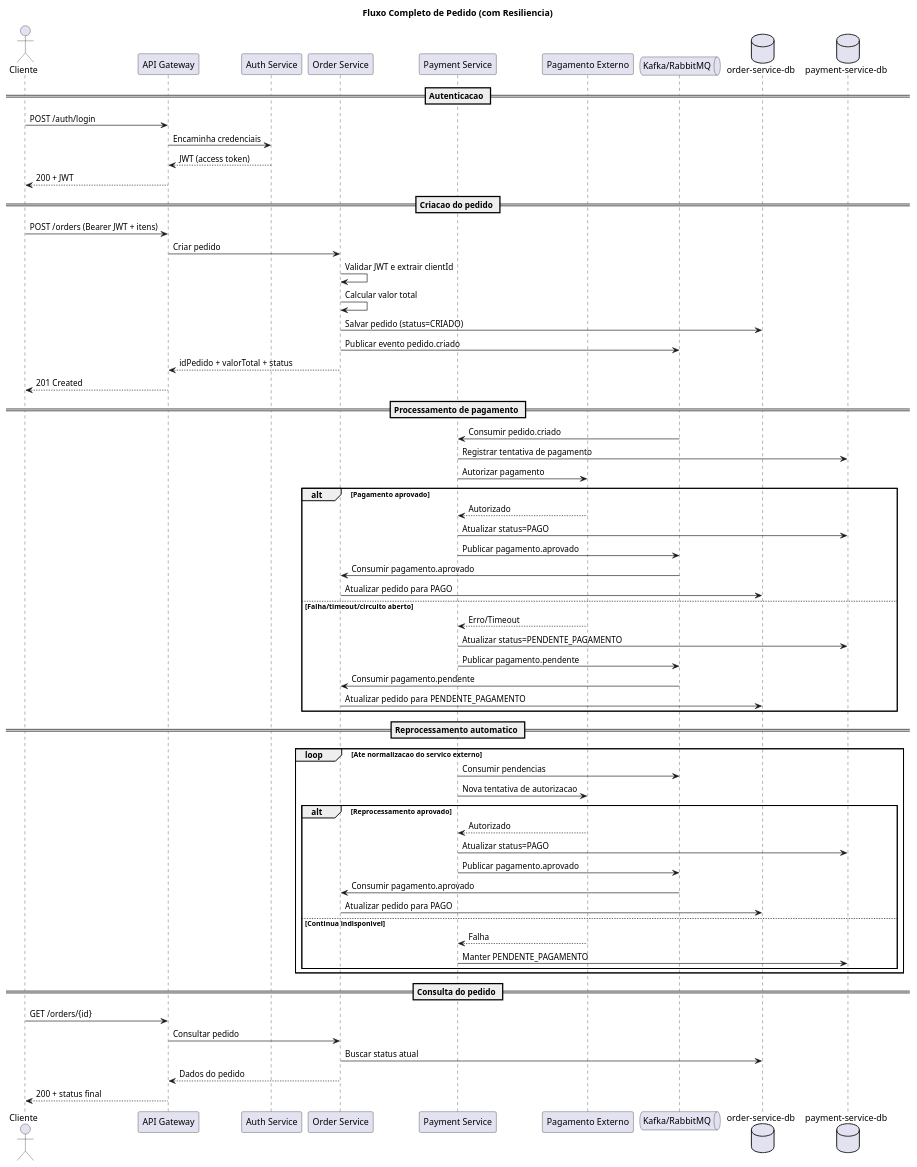
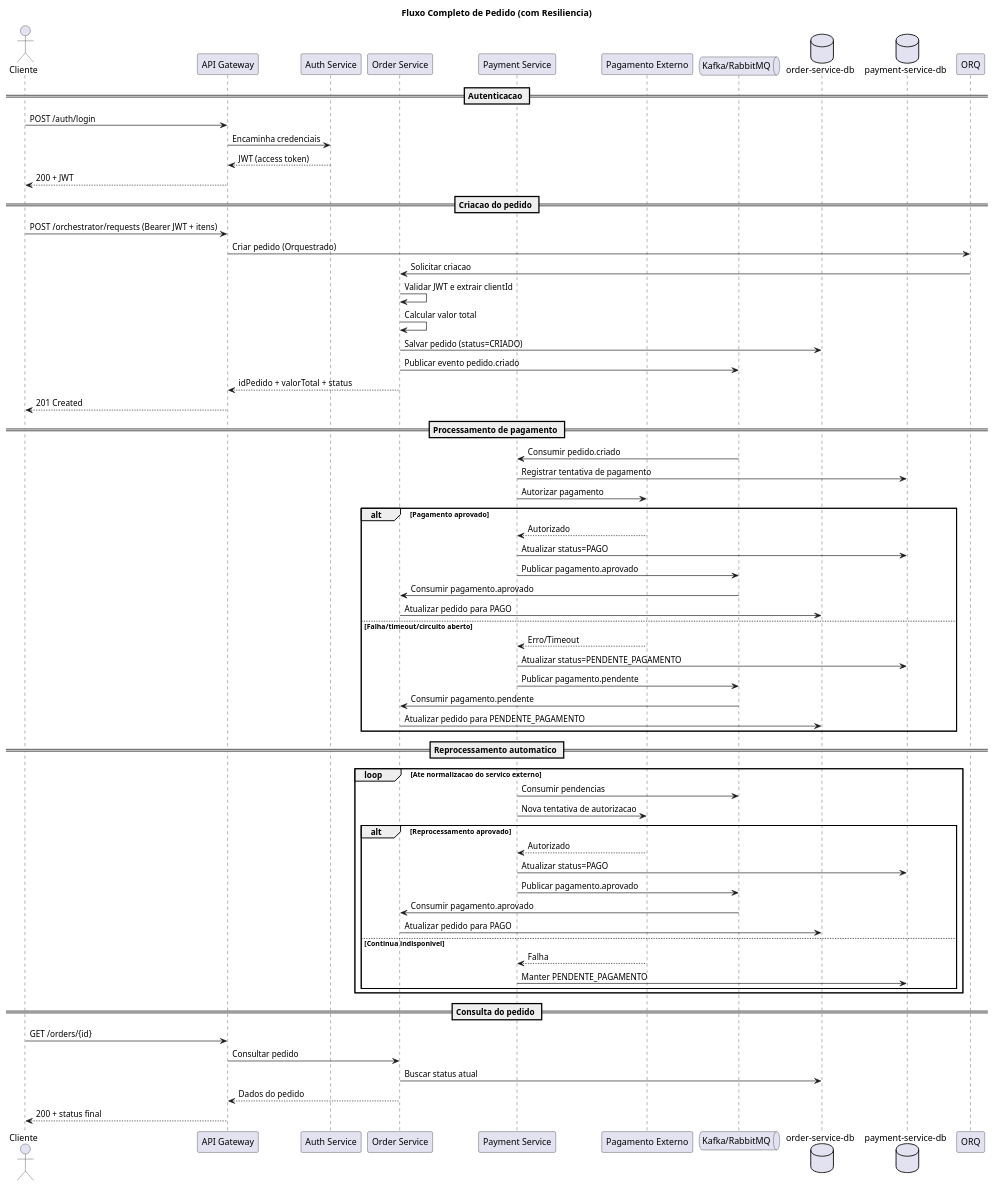
Before and after one commit to eps364/tech-challenge-fase-03: the diagram in docs/diagrams/flow-order.puml, drawn with PlantUML. The commit also changed 3 other files, not shown here.

Commit message:
docs: update diagrams and services documentation

```diff
--- a/docs/diagrams/flow-order.puml
+++ b/docs/diagrams/flow-order.puml
@@ -1,72 +1,73 @@
 @startuml
 title Fluxo Completo de Pedido (com Resiliencia)
 
 actor Cliente
 participant "API Gateway" as APIGW
 participant "Auth Service" as AUTH
 participant "Order Service" as ORDER
 participant "Payment Service" as PAY
 participant "Pagamento Externo" as EXT
 queue "Kafka/RabbitMQ" as MQ
 database "order-service-db" as ODB
 database "payment-service-db" as PDB
 
 == Autenticacao ==
 Cliente -> APIGW: POST /auth/login
 APIGW -> AUTH: Encaminha credenciais
 AUTH --> APIGW: JWT (access token)
 APIGW --> Cliente: 200 + JWT
 
 == Criacao do pedido ==
-Cliente -> APIGW: POST /orders (Bearer JWT + itens)
-APIGW -> ORDER: Criar pedido
+Cliente -> APIGW: POST /orchestrator/requests (Bearer JWT + itens)
+APIGW -> ORQ: Criar pedido (Orquestrado)
+ORQ -> ORDER: Solicitar criacao
 ORDER -> ORDER: Validar JWT e extrair clientId
 ORDER -> ORDER: Calcular valor total
 ORDER -> ODB: Salvar pedido (status=CRIADO)
 ORDER -> MQ: Publicar evento pedido.criado
 ORDER --> APIGW: idPedido + valorTotal + status
 APIGW --> Cliente: 201 Created
 
 == Processamento de pagamento ==
 MQ -> PAY: Consumir pedido.criado
 PAY -> PDB: Registrar tentativa de pagamento
 PAY -> EXT: Autorizar pagamento
 
 alt Pagamento aprovado
   EXT --> PAY: Autorizado
   PAY -> PDB: Atualizar status=PAGO
   PAY -> MQ: Publicar pagamento.aprovado
   MQ -> ORDER: Consumir pagamento.aprovado
   ORDER -> ODB: Atualizar pedido para PAGO
 else Falha/timeout/circuito aberto
   EXT --> PAY: Erro/Timeout
   PAY -> PDB: Atualizar status=PENDENTE_PAGAMENTO
   PAY -> MQ: Publicar pagamento.pendente
   MQ -> ORDER: Consumir pagamento.pendente
   ORDER -> ODB: Atualizar pedido para PENDENTE_PAGAMENTO
 end
 
 == Reprocessamento automatico ==
 loop Ate normalizacao do servico externo
   PAY -> MQ: Consumir pendencias
   PAY -> EXT: Nova tentativa de autorizacao
   alt Reprocessamento aprovado
     EXT --> PAY: Autorizado
     PAY -> PDB: Atualizar status=PAGO
     PAY -> MQ: Publicar pagamento.aprovado
     MQ -> ORDER: Consumir pagamento.aprovado
     ORDER -> ODB: Atualizar pedido para PAGO
   else Continua indisponivel
     EXT --> PAY: Falha
     PAY -> PDB: Manter PENDENTE_PAGAMENTO
   end
 end
 
 == Consulta do pedido ==
 Cliente -> APIGW: GET /orders/{id}
 APIGW -> ORDER: Consultar pedido
 ORDER -> ODB: Buscar status atual
 ORDER --> APIGW: Dados do pedido
 APIGW --> Cliente: 200 + status final
 
 @enduml
```
